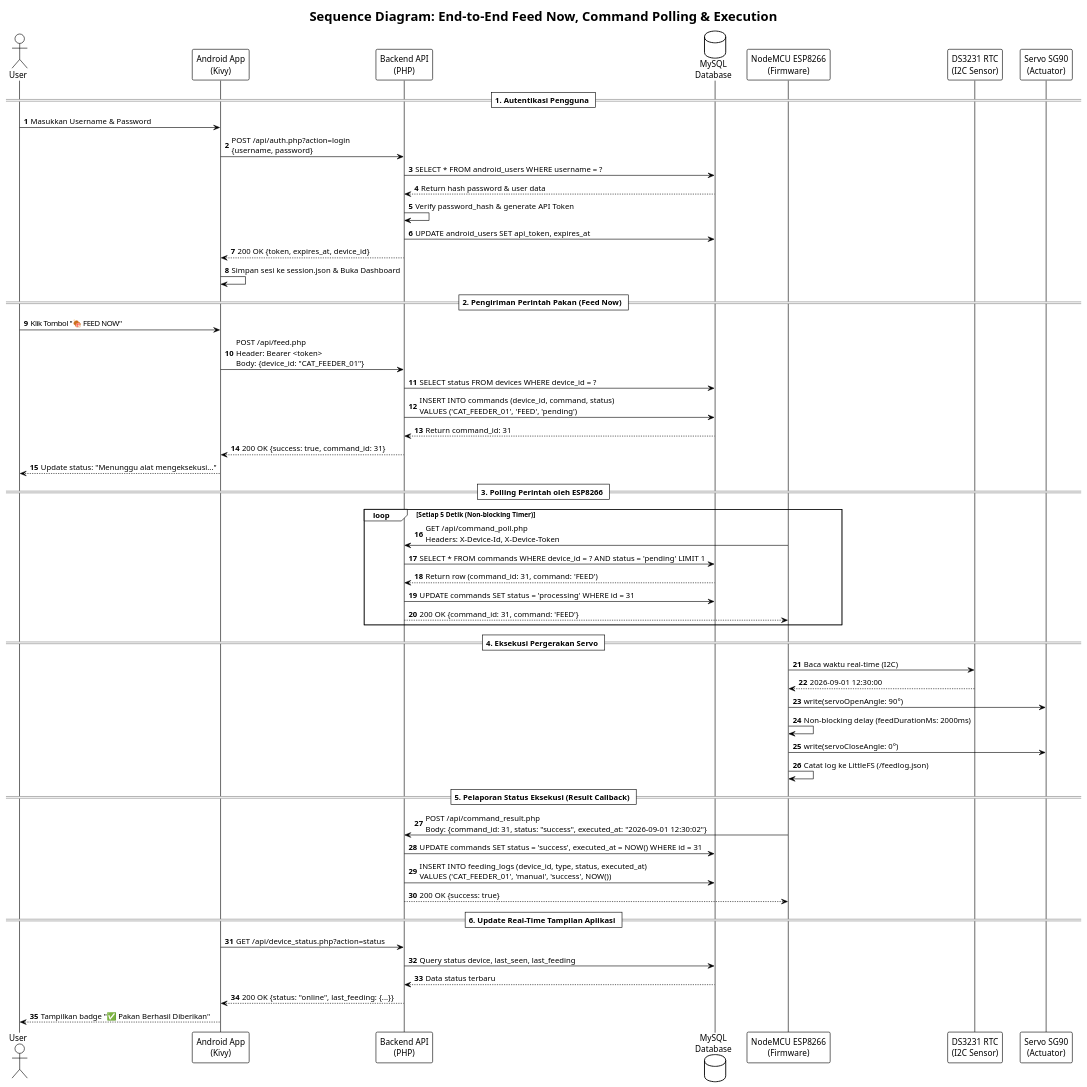
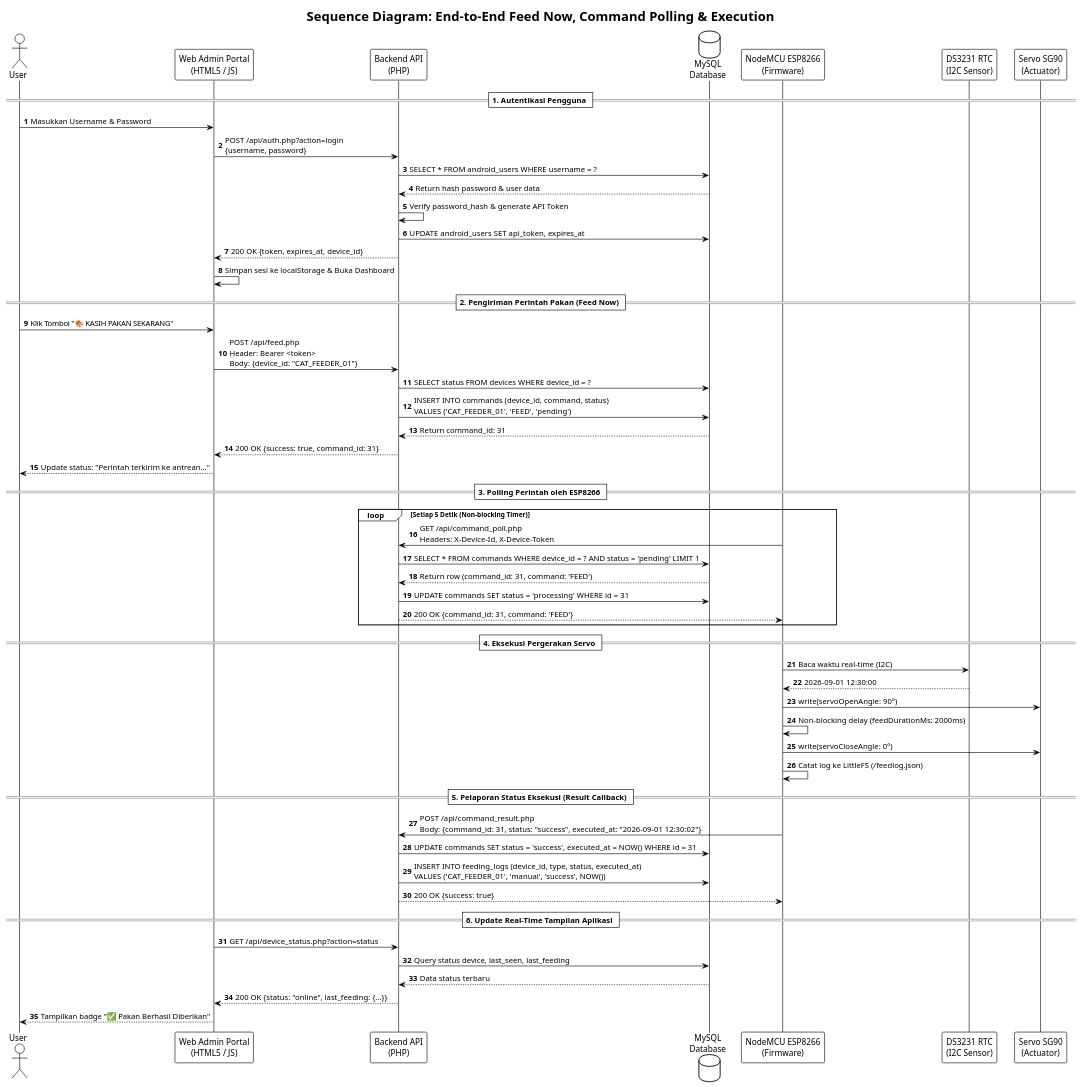
The diagram in docs/plantuml/04_sequence_diagram.puml (rtamaaa/cat-feeder), drawn with PlantUML before and after one commit. The commit also changed 257 other files, not shown here.

```diff
--- a/docs/plantuml/04_sequence_diagram.puml
+++ b/docs/plantuml/04_sequence_diagram.puml
@@ -1,65 +1,65 @@
 @startuml Sequence_Diagram
 !theme plain
 skinparam backgroundColor #FFFFFF
 autonumber
 
 title Sequence Diagram: End-to-End Feed Now, Command Polling & Execution
 
 actor "User" as User
-participant "Android App\n(Kivy)" as App
+participant "Web Admin Portal\n(HTML5 / JS)" as App
 participant "Backend API\n(PHP)" as Api
 database "MySQL\nDatabase" as DB
 participant "NodeMCU ESP8266\n(Firmware)" as ESP
 participant "DS3231 RTC\n(I2C Sensor)" as RTC
 participant "Servo SG90\n(Actuator)" as Servo
 
 == 1. Autentikasi Pengguna ==
 User -> App : Masukkan Username & Password
 App -> Api : POST /api/auth.php?action=login\n{username, password}
 Api -> DB : SELECT * FROM android_users WHERE username = ?
 DB --> Api : Return hash password & user data
 Api -> Api : Verify password_hash & generate API Token
 Api -> DB : UPDATE android_users SET api_token, expires_at
 Api --> App : 200 OK {token, expires_at, device_id}
-App -> App : Simpan sesi ke session.json & Buka Dashboard
+App -> App : Simpan sesi ke localStorage & Buka Dashboard
 
 == 2. Pengiriman Perintah Pakan (Feed Now) ==
-User -> App : Klik Tombol "🍖 FEED NOW"
+User -> App : Klik Tombol "🍖 KASIH PAKAN SEKARANG"
 App -> Api : POST /api/feed.php\nHeader: Bearer <token>\nBody: {device_id: "CAT_FEEDER_01"}
 Api -> DB : SELECT status FROM devices WHERE device_id = ?
 Api -> DB : INSERT INTO commands (device_id, command, status)\nVALUES ('CAT_FEEDER_01', 'FEED', 'pending')
 DB --> Api : Return command_id: 31
 Api --> App : 200 OK {success: true, command_id: 31}
-App --> User : Update status: "Menunggu alat mengeksekusi..."
+App --> User : Update status: "Perintah terkirim ke antrean..."
 
 == 3. Polling Perintah oleh ESP8266 ==
 loop Setiap 5 Detik (Non-blocking Timer)
     ESP -> Api : GET /api/command_poll.php\nHeaders: X-Device-Id, X-Device-Token
     Api -> DB : SELECT * FROM commands WHERE device_id = ? AND status = 'pending' LIMIT 1
     DB --> Api : Return row (command_id: 31, command: 'FEED')
     Api -> DB : UPDATE commands SET status = 'processing' WHERE id = 31
     Api --> ESP : 200 OK {command_id: 31, command: 'FEED'}
 end
 
 == 4. Eksekusi Pergerakan Servo ==
 ESP -> RTC : Baca waktu real-time (I2C)
 RTC --> ESP : 2026-09-01 12:30:00
 ESP -> Servo : write(servoOpenAngle: 90°)
 ESP -> ESP : Non-blocking delay (feedDurationMs: 2000ms)
 ESP -> Servo : write(servoCloseAngle: 0°)
 ESP -> ESP : Catat log ke LittleFS (/feedlog.json)
 
 == 5. Pelaporan Status Eksekusi (Result Callback) ==
 ESP -> Api : POST /api/command_result.php\nBody: {command_id: 31, status: "success", executed_at: "2026-09-01 12:30:02"}
 Api -> DB : UPDATE commands SET status = 'success', executed_at = NOW() WHERE id = 31
 Api -> DB : INSERT INTO feeding_logs (device_id, type, status, executed_at)\nVALUES ('CAT_FEEDER_01', 'manual', 'success', NOW())
 Api --> ESP : 200 OK {success: true}
 
 == 6. Update Real-Time Tampilan Aplikasi ==
 App -> Api : GET /api/device_status.php?action=status
 Api -> DB : Query status device, last_seen, last_feeding
 DB --> Api : Data status terbaru
 Api --> App : 200 OK {status: "online", last_feeding: {...}}
 App --> User : Tampilkan badge "✅ Pakan Berhasil Diberikan"
 
 @enduml
```
